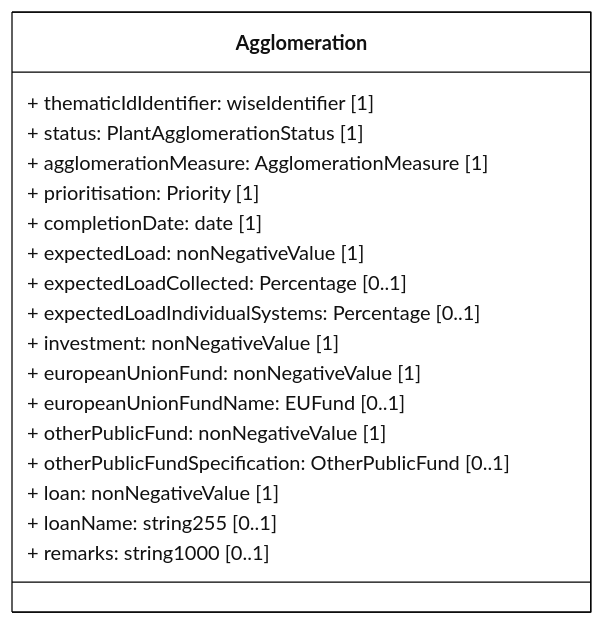
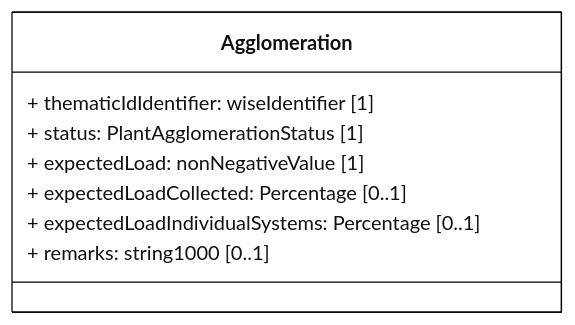
One commit to eeadata/WISE.UWWTD.Documentation changed the diagram in docs/rUWWTD2024/Article23/mmd/Article23_Agglomeration_ClassDiagram.mmd. Above: the diagram before and after it, drawn with Mermaid. The commit also changed 23 other files, not shown here.

```diff
--- a/docs/rUWWTD2024/Article23/mmd/Article23_Agglomeration_ClassDiagram.mmd
+++ b/docs/rUWWTD2024/Article23/mmd/Article23_Agglomeration_ClassDiagram.mmd
@@ -1,33 +1,21 @@
 ---
 config:
   class:
     hideEmptyMembersBox: true
   layout: dagre
   theme: neutral
 ---
 classDiagram
 direction LR
 
 class Agglomeration{
     + thematicIdIdentifier: wiseIdentifier [1]
     + status: PlantAgglomerationStatus [1]
-    + agglomerationMeasure: AgglomerationMeasure [1]
-    + prioritisation: Priority [1]
-
-    + completionDate: date [1]
     + expectedLoad: nonNegativeValue [1]
     + expectedLoadCollected: Percentage [0..1]
     + expectedLoadIndividualSystems: Percentage [0..1]
-
-    + investment: nonNegativeValue [1]
-    + europeanUnionFund: nonNegativeValue [1]
-    + europeanUnionFundName: EUFund [0..1]
-    + otherPublicFund: nonNegativeValue [1]
-    + otherPublicFundSpecification: OtherPublicFund [0..1]
-    + loan: nonNegativeValue [1]
-    + loanName: string255 [0..1]
     + remarks: string1000 [0..1]
 }
 
 classDef default fill:white,stroke:#000;
 classDef forFixing fill:white,stroke:#f00;
```
